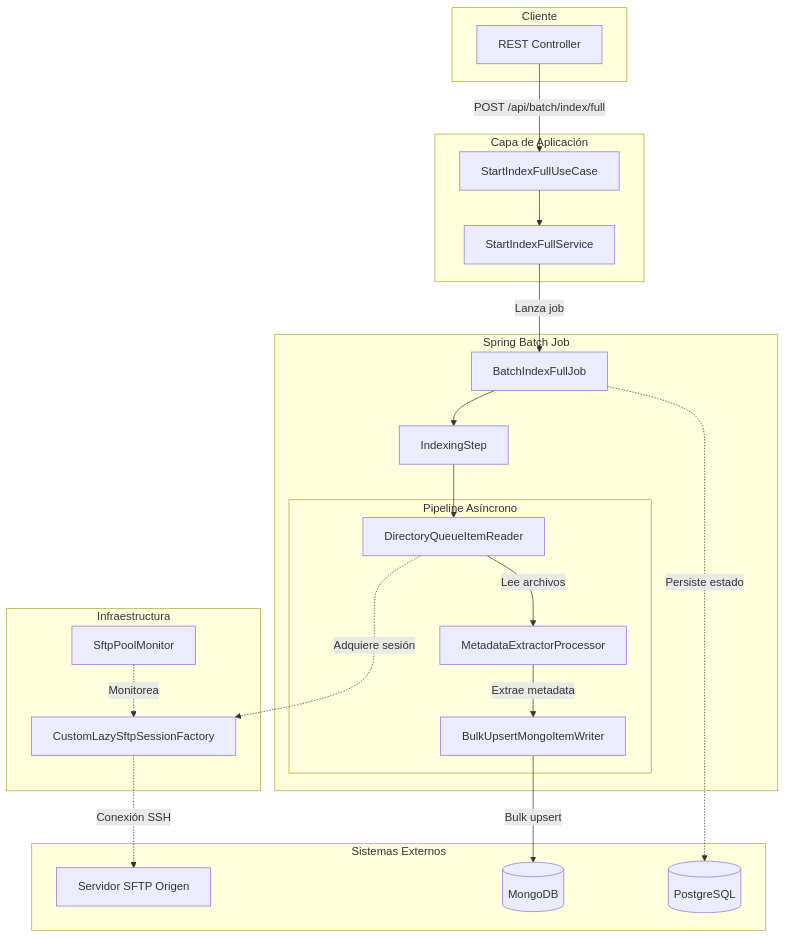
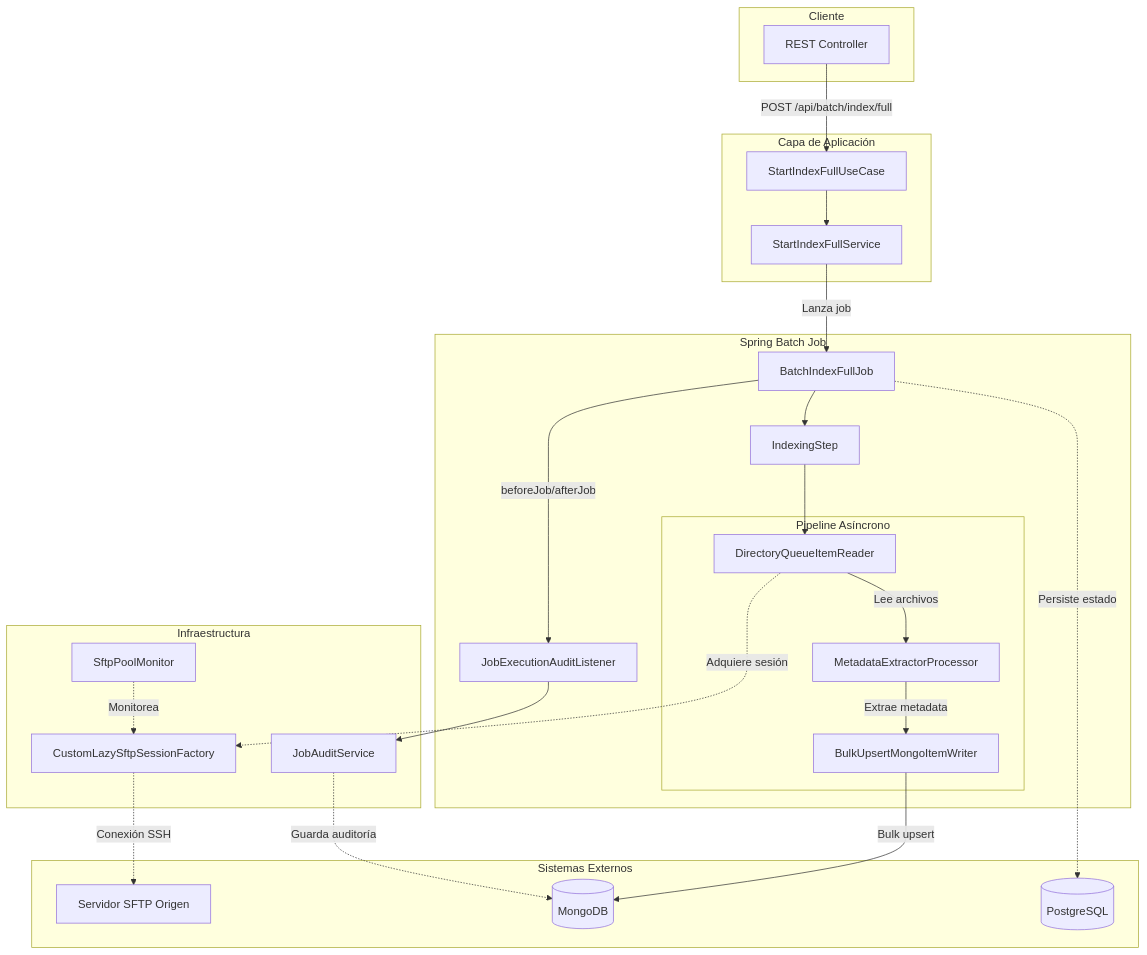
Before and after one commit to hahuaranga/dvsmart_indexing_api: the first of 8 diagrams in README.md, drawn with Mermaid. The commit also changed other lines of this file and 7 other files, not shown here.

````diff
--- a/README.md
+++ b/README.md
@@ -64,47 +70,52 @@
 ```mermaid
 graph TB
     subgraph "Cliente"
         API[REST Controller]
     end
 
     subgraph "Capa de Aplicación"
         UC[StartIndexFullUseCase]
         SVC[StartIndexFullService]
     end
 
     subgraph "Spring Batch Job"
         JOB[BatchIndexFullJob]
+        LISTENER[JobExecutionAuditListener]
         STEP[IndexingStep]
         
         subgraph "Pipeline Asíncrono"
             READER[DirectoryQueueItemReader]
             PROCESSOR[MetadataExtractorProcessor]
             WRITER[BulkUpsertMongoItemWriter]
         end
     end
 
     subgraph "Infraestructura"
         POOL[CustomLazySftpSessionFactory]
         MONITOR[SftpPoolMonitor]
+        AUDIT_SVC[JobAuditService]
     end
 
     subgraph "Sistemas Externos"
         SFTP[Servidor SFTP Origen]
         MONGO[(MongoDB)]
         POSTGRES[(PostgreSQL)]
     end
 
     API -->|POST /api/batch/index/full| UC
     UC --> SVC
     SVC -->|Lanza job| JOB
+    JOB -->|beforeJob/afterJob| LISTENER
+    LISTENER --> AUDIT_SVC
     JOB --> STEP
     STEP --> READER
     READER -->|Lee archivos| PROCESSOR
     PROCESSOR -->|Extrae metadata| WRITER
     WRITER -->|Bulk upsert| MONGO
 
     READER -.->|Adquiere sesión| POOL
     POOL -.->|Conexión SSH| SFTP
     MONITOR -.->|Monitorea| POOL
     JOB -.->|Persiste estado| POSTGRES
+    AUDIT_SVC -.->|Guarda auditoría| MONGO
 ```
````
